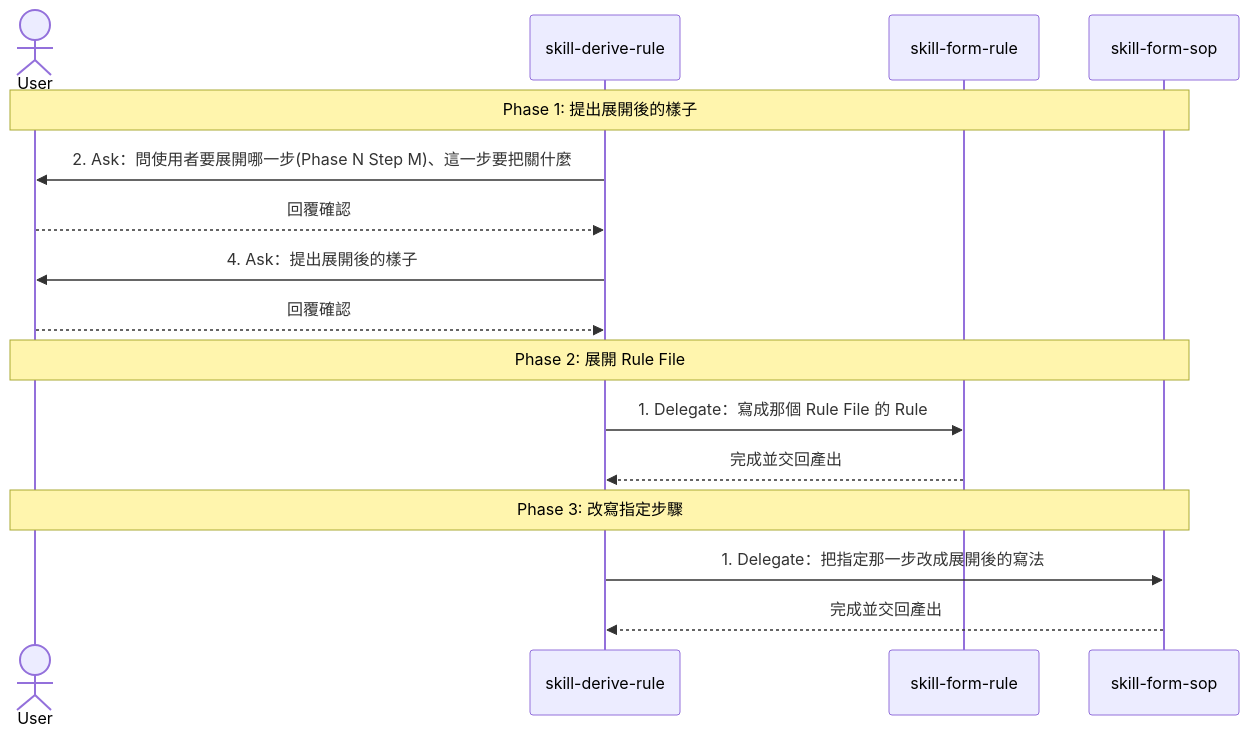
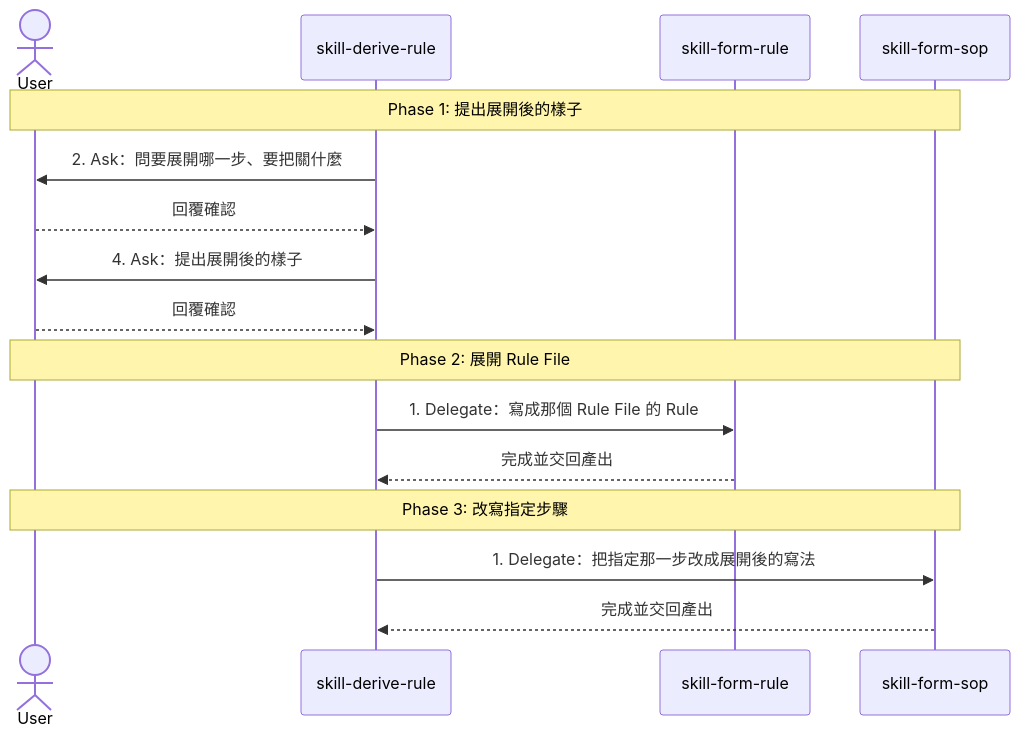
One commit to AI-x-BDD/BDGG-Dev-Skills changed the second of 2 diagrams in .claude/skills/skill-derive-rule/SKILL.md. Above: the diagram before and after it, drawn with Mermaid. The commit also changed other lines of this file and 33 other files, not shown here.

````diff
--- a/.claude/skills/skill-derive-rule/SKILL.md
+++ b/.claude/skills/skill-derive-rule/SKILL.md
@@ -61,18 +61,18 @@
 ```mermaid
 sequenceDiagram
     actor User
     participant Main as skill-derive-rule
     participant Sub_1 as skill-form-rule
     participant Sub_2 as skill-form-sop
     Note over User,Sub_2: Phase 1: 提出展開後的樣子
-    Main->>User: 2. Ask：問使用者要展開哪一步(Phase N Step M)、這一步要把關什麼
+    Main->>User: 2. Ask：問要展開哪一步、要把關什麼
     User-->>Main: 回覆確認
     Main->>User: 4. Ask：提出展開後的樣子
     User-->>Main: 回覆確認
     Note over User,Sub_2: Phase 2: 展開 Rule File
     Main->>Sub_1: 1. Delegate：寫成那個 Rule File 的 Rule
     Sub_1-->>Main: 完成並交回產出
     Note over User,Sub_2: Phase 3: 改寫指定步驟
     Main->>Sub_2: 1. Delegate：把指定那一步改成展開後的寫法
     Sub_2-->>Main: 完成並交回產出
 ```
````
